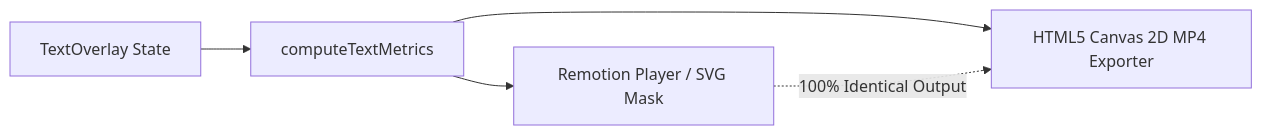
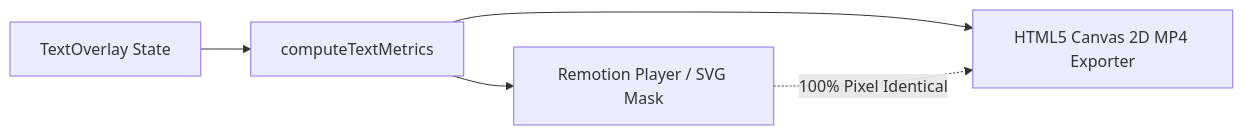
The diagram in README.md (itsNairr/Remotion-AI-Video-Editor), drawn with Mermaid before and after one commit. The commit also changed other lines of this file, not shown here.

````diff
--- a/README.md
+++ b/README.md
@@ -175,7 +248,7 @@
 ```mermaid
 graph LR
     A[TextOverlay State] --> B[computeTextMetrics]
     B --> C[Remotion Player / SVG Mask]
     B --> D[HTML5 Canvas 2D MP4 Exporter]
-    C -.->|100% Identical Output| D
+    C -.->|100% Pixel Identical| D
 ```
````
